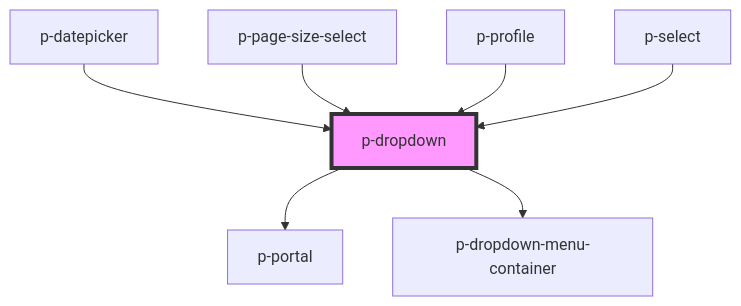
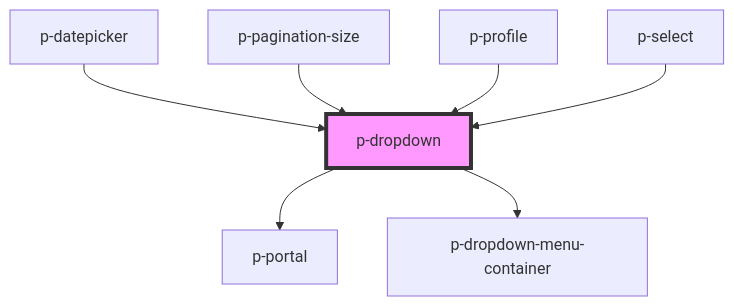
The diagram in packages/core/src/components/molecules/dropdown/readme.md (Employes/Paperless), drawn with Mermaid before and after one commit. The commit also changed other lines of this file and 8 other files, not shown here.

````diff
--- a/packages/core/src/components/molecules/dropdown/readme.md
+++ b/packages/core/src/components/molecules/dropdown/readme.md
@@ -51,10 +52,10 @@
 ```mermaid
 graph TD;
   p-dropdown --> p-portal
   p-dropdown --> p-dropdown-menu-container
   p-datepicker --> p-dropdown
-  p-page-size-select --> p-dropdown
+  p-pagination-size --> p-dropdown
   p-profile --> p-dropdown
   p-select --> p-dropdown
   style p-dropdown fill:#f9f,stroke:#333,stroke-width:4px
 ```
````
